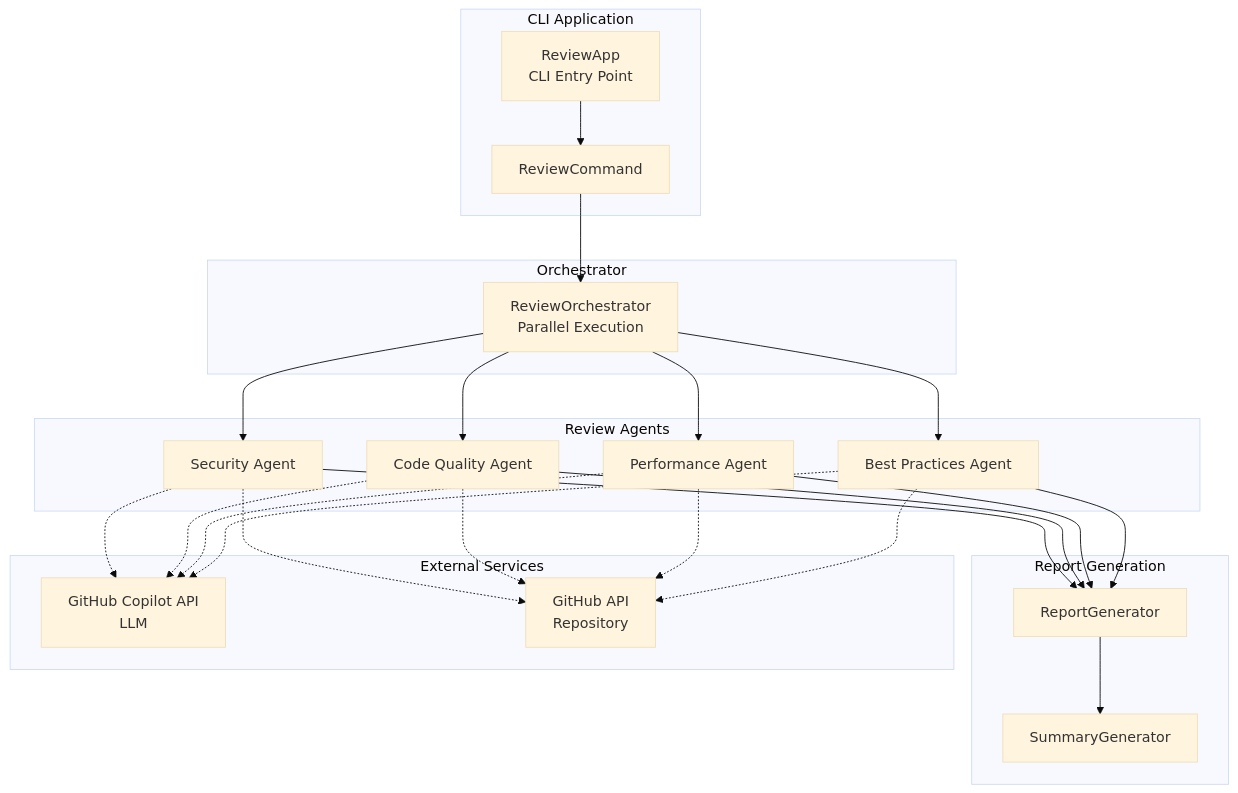
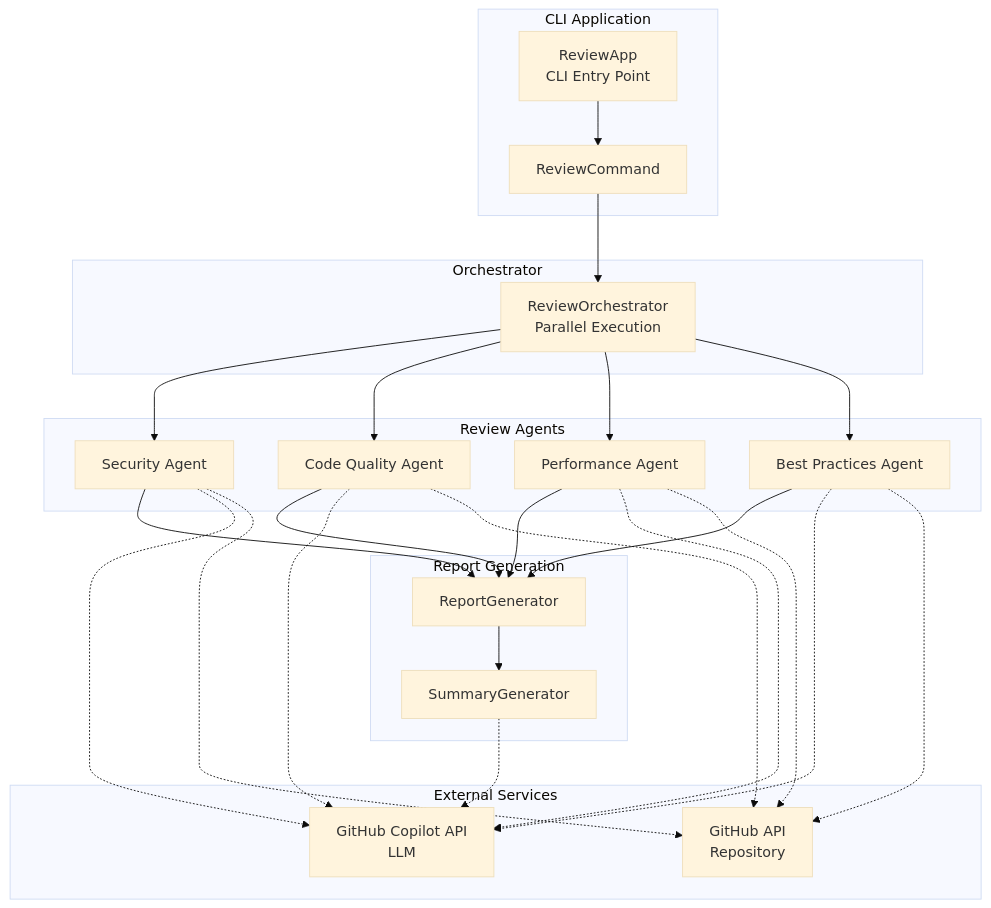
Before and after one commit to anishi1222/multi-agent-code-reviewer-java: the diagram in README_ja.md, drawn with Mermaid (base theme). The commit also changed other lines of this file and 2 other files, not shown here.

````diff
--- a/README_ja.md
+++ b/README_ja.md
@@ -455,51 +470,52 @@
 ```mermaid
 flowchart TB
     subgraph CLI[CLI Application]
         ReviewApp[ReviewApp<br/>CLI Entry Point]
         ReviewCommand[ReviewCommand]
     end
 
     subgraph Orchestrator[Orchestrator]
         ReviewOrchestrator[ReviewOrchestrator<br/>Parallel Execution]
     end
 
     subgraph Agents[Review Agents]
         Security[Security Agent]
         CodeQuality[Code Quality Agent]
         Performance[Performance Agent]
         BestPractices[Best Practices Agent]
     end
 
     subgraph Reports[Report Generation]
         ReportGenerator[ReportGenerator]
         SummaryGenerator[SummaryGenerator]
     end
 
     subgraph External[External Services]
         Copilot[GitHub Copilot API<br/>LLM]
         GitHub[GitHub API<br/>Repository]
     end
 
     ReviewApp --> ReviewCommand
     ReviewCommand --> ReviewOrchestrator
     ReviewOrchestrator --> Security
     ReviewOrchestrator --> CodeQuality
     ReviewOrchestrator --> Performance
     ReviewOrchestrator --> BestPractices
 
     Security --> ReportGenerator
     CodeQuality --> ReportGenerator
     Performance --> ReportGenerator
     BestPractices --> ReportGenerator
     ReportGenerator --> SummaryGenerator
 
     Security -.-> Copilot
     CodeQuality -.-> Copilot
     Performance -.-> Copilot
     BestPractices -.-> Copilot
+    SummaryGenerator -.-> Copilot
 
     Security -.-> GitHub
     CodeQuality -.-> GitHub
     Performance -.-> GitHub
     BestPractices -.-> GitHub
 ```
````
